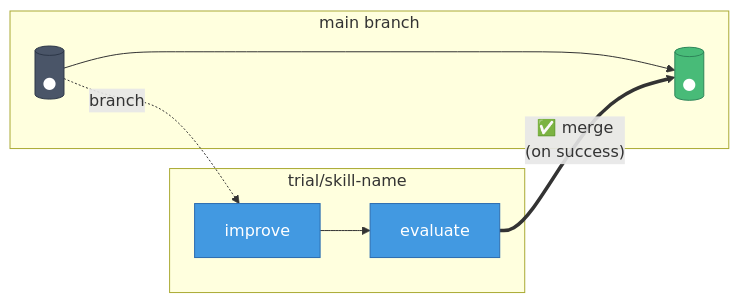
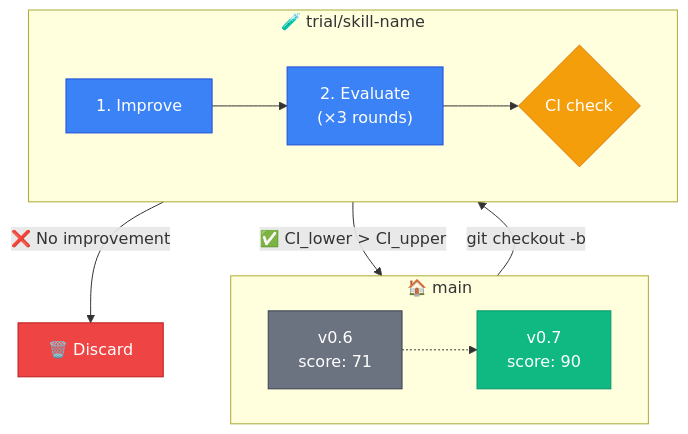
Before and after one commit to quantsquirrel/claude-skill-forge: the third of 4 diagrams in README.md, drawn with Mermaid. The commit also changed other lines of this file and 1 other file, not shown here.

Commit message:
Upgrade Trial Branch diagram with expert perspectives
Applied insights from Tufte, Fowler, and Victor:
- Added version numbers and scores for context
- Included failure path (discard branch)
- Added 3-round evaluation step
- CI decision diamond with clear pass/fail
- Color-coded: gray→green (success), yellow (decision), red (fail)

````diff
--- a/README.md
+++ b/README.md
@@ -123,18 +123,24 @@
 ```mermaid
-flowchart LR
-    subgraph main[" main branch "]
-        M1[("●")] --> M2[("●")]
+flowchart TB
+    subgraph MAIN["🏠 main"]
+        direction LR
+        C1["v0.6<br/>score: 71"] -.-> C2["v0.7<br/>score: 90"]
     end
 
-    subgraph trial[" trial/skill-name "]
-        T1["improve"] --> T2["evaluate"]
+    subgraph TRIAL["🧪 trial/skill-name"]
+        direction LR
+        T1["1. Improve"] --> T2["2. Evaluate<br/>(×3 rounds)"]
+        T2 --> T3{"CI check"}
     end
 
-    M1 -.->|branch| T1
-    T2 ==>|"✅ merge<br/>(on success)"| M2
+    C1 -->|"git checkout -b"| T1
+    T3 -->|"✅ CI_lower > CI_upper"| C2
+    T3 -->|"❌ No improvement"| D["🗑️ Discard"]
 
-    style M1 fill:#4a5568,stroke:#2d3748,color:#fff
-    style M2 fill:#48bb78,stroke:#2f855a,color:#fff
-    style T1 fill:#4299e1,stroke:#2b6cb0,color:#fff
-    style T2 fill:#4299e1,stroke:#2b6cb0,color:#fff
+    style C1 fill:#6b7280,stroke:#374151,color:#fff
+    style C2 fill:#10b981,stroke:#059669,color:#fff
+    style T1 fill:#3b82f6,stroke:#1d4ed8,color:#fff
+    style T2 fill:#3b82f6,stroke:#1d4ed8,color:#fff
+    style T3 fill:#f59e0b,stroke:#d97706,color:#fff
+    style D fill:#ef4444,stroke:#b91c1c,color:#fff
 ```
````
